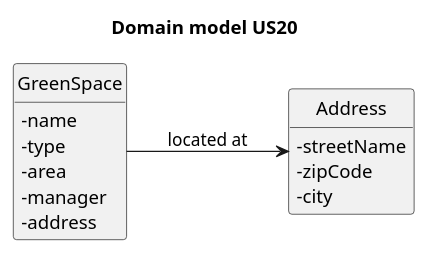
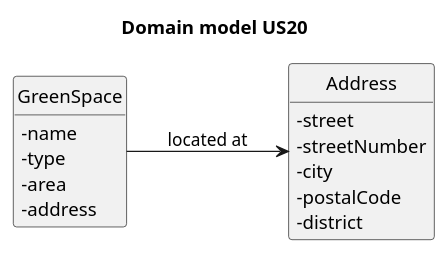
One commit to rpedros02/lei-24-s2-1DL-g08 changed the diagram in docs/sprintC/us020/02.analysis/puml/us020-domain-model.puml. Above: the diagram before and after it, drawn with PlantUML. The commit also changed 15 other files, not shown here.

```diff
--- a/docs/sprintC/us020/02.analysis/puml/us020-domain-model.puml
+++ b/docs/sprintC/us020/02.analysis/puml/us020-domain-model.puml
@@ -1,31 +1,32 @@
 @startuml
 skinparam monochrome true
 skinparam packageStyle rectangle
 skinparam shadowing false
 
 left to right direction
 
 skinparam classAttributeIconSize 0
 
 hide circle
 hide methods
 
 title Domain model US20
 
 class "Address" {
-    -streetName
-    -zipCode
+    -street
+    - streetNumber
     -city
+    -postalCode
+    -district
 }
 
 class "GreenSpace" {
     -name
     -type
     -area
-    -manager
     -address
 }
 
 GreenSpace --> Address : located at
 
 @enduml
```
